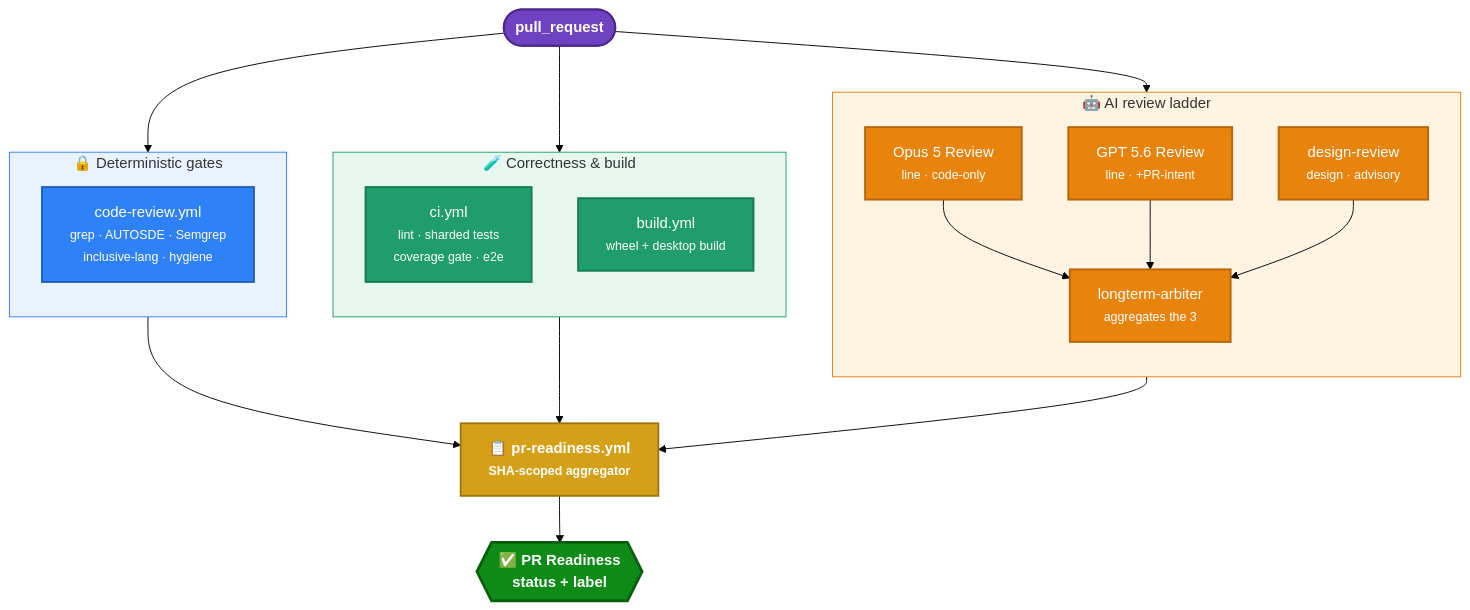
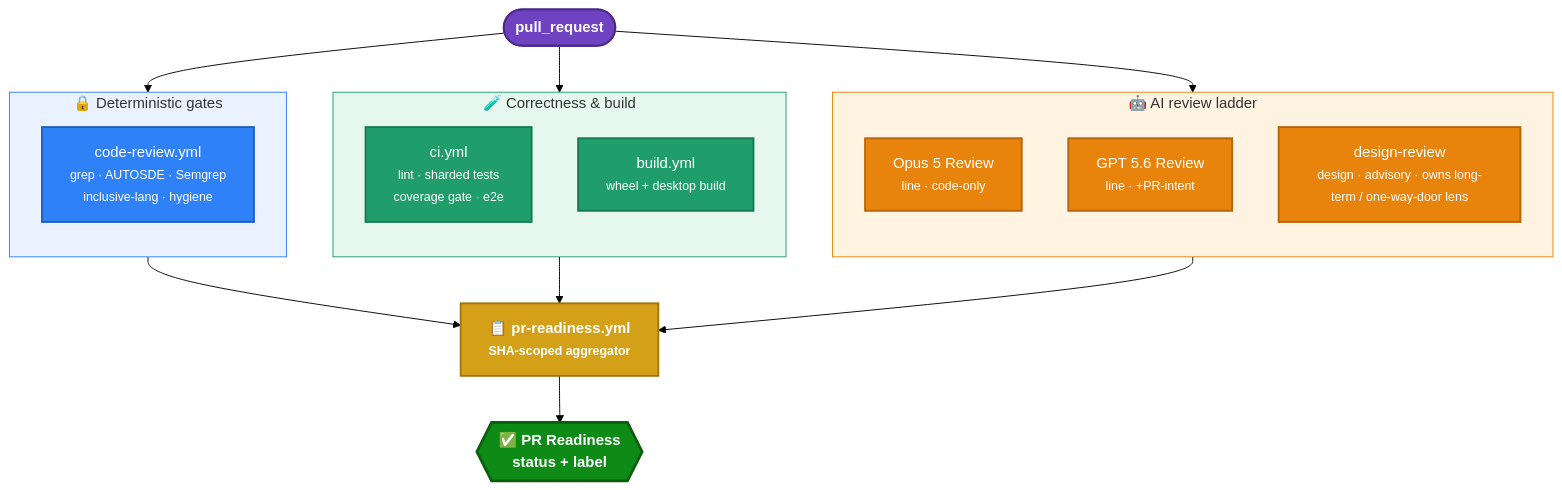
One commit to Arin016/KiroCrew changed the first of 2 diagrams in docs/ci/ci-and-prepare-pr.md. Above: the diagram before and after it, drawn with Mermaid (forest theme). The commit also changed other lines of this file and 11 other files, not shown here.

````diff
--- a/docs/ci/ci-and-prepare-pr.md
+++ b/docs/ci/ci-and-prepare-pr.md
@@ -13,48 +13,44 @@
 ```mermaid
 flowchart TB
     PR([" pull_request "]) --> DG & CB & AI
 
     subgraph DG["🔒 Deterministic gates"]
         direction TB
         CR["code-review.yml<br/><small>grep · AUTOSDE · Semgrep<br/>inclusive-lang · hygiene</small>"]
     end
     subgraph CB["🧪 Correctness & build"]
         direction TB
         CI["ci.yml<br/><small>lint · sharded tests<br/>coverage gate · e2e</small>"]
         BD["build.yml<br/><small>wheel + desktop build</small>"]
     end
     subgraph AI["🤖 AI review ladder"]
         direction TB
         CL["Opus 5 Review<br/><small>line · code-only</small>"]
         CX["GPT 5.6 Review<br/><small>line · +PR-intent</small>"]
-        DR["design-review<br/><small>design · advisory</small>"]
-        AR["longterm-arbiter<br/><small>aggregates the 3</small>"]
-        CL --> AR
-        CX --> AR
-        DR --> AR
+        DR["design-review<br/><small>design · advisory · owns long-term / one-way-door lens</small>"]
     end
 
     DG --> RD
     CB --> RD
     AI --> RD
     RD["📋 pr-readiness.yml<br/><small>SHA-scoped aggregator</small>"]
     RD --> V{{"✅ PR Readiness<br/>status + label"}}
 
     classDef entry fill:#6f42c1,stroke:#4c2889,stroke-width:2px,color:#fff,font-weight:bold;
     classDef gate fill:#2f81f7,stroke:#1c5cbf,stroke-width:2px,color:#fff;
     classDef test fill:#1f9d6b,stroke:#157a52,stroke-width:2px,color:#fff;
     classDef ai fill:#e8830c,stroke:#b5650a,stroke-width:2px,color:#fff;
     classDef agg fill:#d4a017,stroke:#9c7611,stroke-width:2px,color:#fff,font-weight:bold;
     classDef verdict fill:#0e8a16,stroke:#0a5f0f,stroke-width:3px,color:#fff,font-weight:bold;
 
     class PR entry;
     class CR gate;
     class CI,BD test;
-    class CL,CX,DR,AR ai;
+    class CL,CX,DR ai;
     class RD agg;
     class V verdict;
 
     style DG fill:#eaf2ff,stroke:#2f81f7,stroke-width:1px;
     style CB fill:#e6f7ef,stroke:#1f9d6b,stroke-width:1px;
     style AI fill:#fff3e2,stroke:#e8830c,stroke-width:1px;
 ```
````
